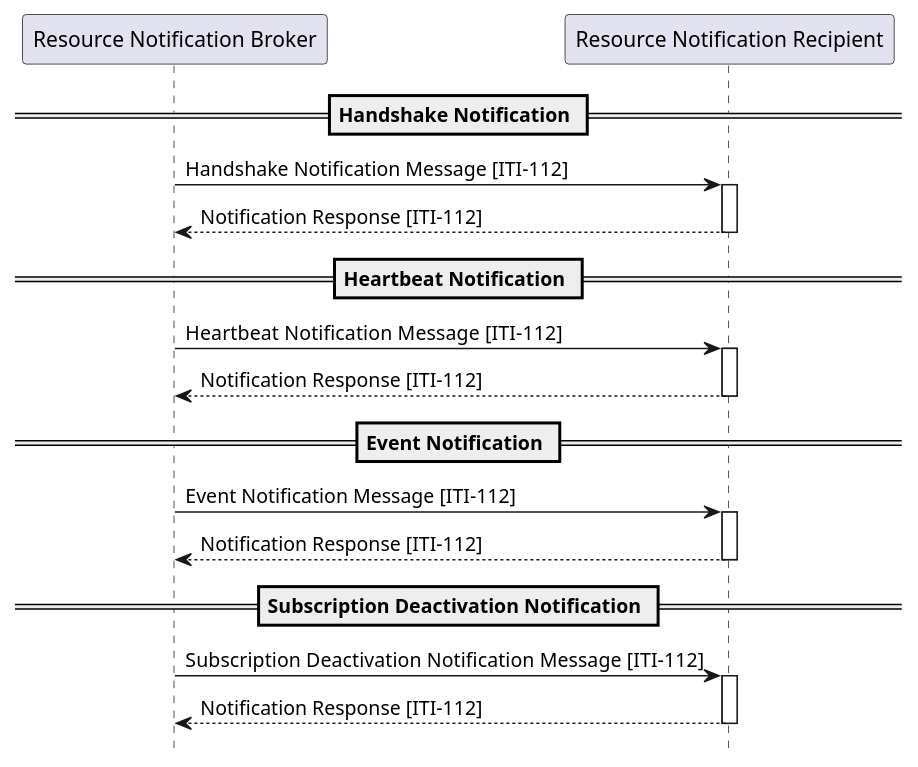
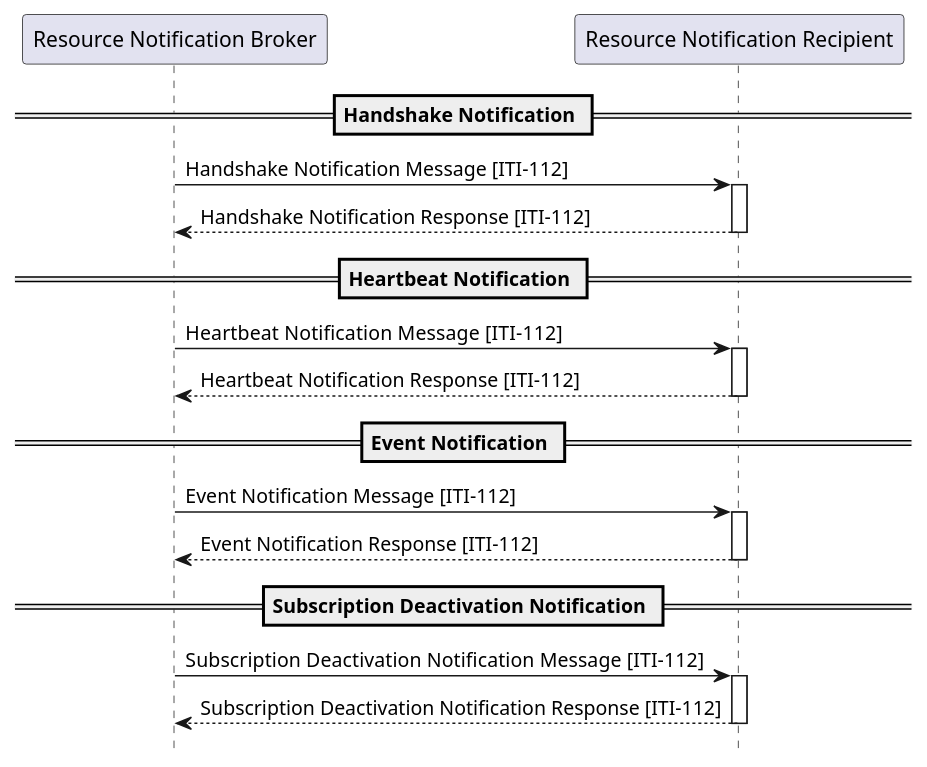
The diagram in input/images-source/ITI-112-Notification-seq.plantuml (IHE/ITI.DSUBm), drawn with PlantUML before and after one commit. The commit also changed 8 other files, not shown here.

```diff
--- a/input/images-source/ITI-112-Notification-seq.plantuml
+++ b/input/images-source/ITI-112-Notification-seq.plantuml
@@ -1,31 +1,31 @@
 @startuml
 hide footbox
 
 participant "Resource Notification Broker" as  Broker
 participant "Resource Notification Recipient" as  Recipient
 
 == Handshake Notification ==
 Broker -> Recipient :  Handshake Notification Message [ITI-112]
 activate Recipient
-Recipient --> Broker :  Notification Response [ITI-112]
+Recipient --> Broker :  Handshake Notification Response [ITI-112]
 deactivate Recipient
 
 == Heartbeat Notification ==
 Broker -> Recipient :  Heartbeat Notification Message  [ITI-112]
 activate Recipient
-Recipient --> Broker :  Notification Response [ITI-112]
+Recipient --> Broker :  Heartbeat Notification Response [ITI-112]
 deactivate Recipient
 
 == Event Notification ==
 Broker -> Recipient :  Event Notification Message [ITI-112]
 activate Recipient
-Recipient --> Broker :  Notification Response [ITI-112]
+Recipient --> Broker :  Event Notification Response [ITI-112]
 deactivate Recipient
 
 == Subscription Deactivation Notification ==
 Broker -> Recipient :  Subscription Deactivation Notification Message  [ITI-112]
 activate Recipient
-Recipient --> Broker :  Notification Response [ITI-112]
+Recipient --> Broker :  Subscription Deactivation Notification Response [ITI-112]
 deactivate Recipient
 
 @enduml
```
